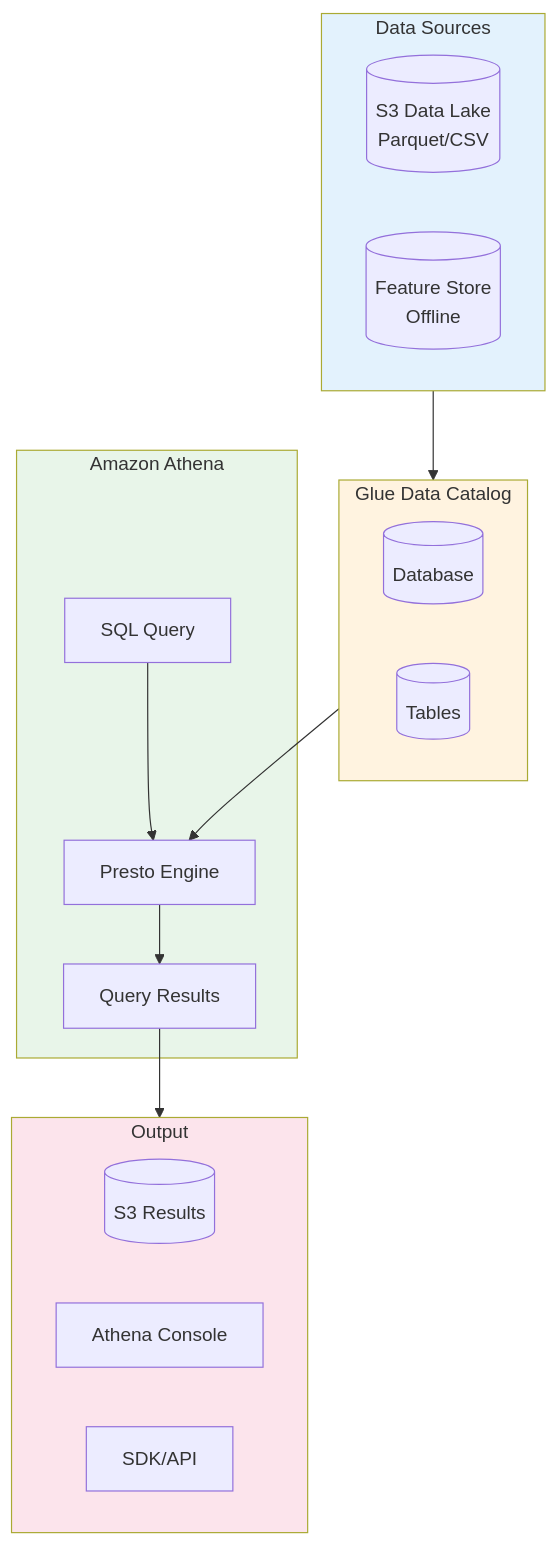
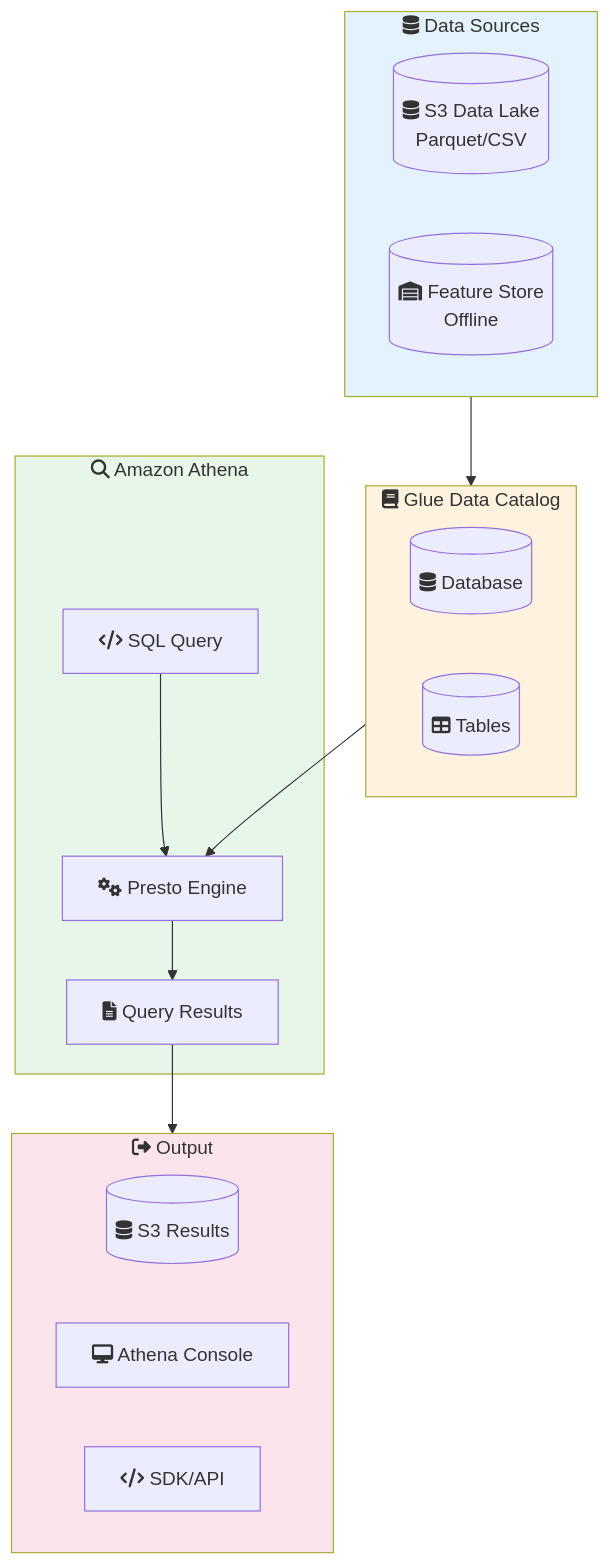
One commit to vinu76jsr/aws-sample-projects changed the first of 3 diagrams in aws-ml-associate-prep/15-athena-analysis/LAB.md. Above: the diagram before and after it, drawn with Mermaid. The commit also changed other lines of this file and 15 other files, not shown here.

First line of the commit message:
Add Font Awesome icons to all Mermaid diagrams

````diff
--- a/aws-ml-associate-prep/15-athena-analysis/LAB.md
+++ b/aws-ml-associate-prep/15-athena-analysis/LAB.md
@@ -14,35 +14,35 @@
 ```mermaid
 flowchart TB
-    subgraph DataSources["Data Sources"]
-        S3[(S3 Data Lake<br/>Parquet/CSV)]
-        FS[(Feature Store<br/>Offline)]
+    subgraph DataSources["fa:fa-database Data Sources"]
+        S3[(fa:fa-database S3 Data Lake<br/>Parquet/CSV)]
+        FS[(fa:fa-warehouse Feature Store<br/>Offline)]
     end
 
-    subgraph Catalog["Glue Data Catalog"]
-        DB[(Database)]
-        Tables[(Tables)]
+    subgraph Catalog["fa:fa-book Glue Data Catalog"]
+        DB[(fa:fa-database Database)]
+        Tables[(fa:fa-table Tables)]
     end
 
-    subgraph Athena["Amazon Athena"]
-        Query[SQL Query]
-        Engine[Presto Engine]
-        Results[Query Results]
+    subgraph Athena["fa:fa-search Amazon Athena"]
+        Query[fa:fa-code SQL Query]
+        Engine[fa:fa-cogs Presto Engine]
+        Results[fa:fa-file-alt Query Results]
     end
 
-    subgraph Output["Output"]
-        S3Out[(S3 Results)]
-        Console[Athena Console]
-        SDK[SDK/API]
+    subgraph Output["fa:fa-sign-out-alt Output"]
+        S3Out[(fa:fa-database S3 Results)]
+        Console[fa:fa-desktop Athena Console]
+        SDK[fa:fa-code SDK/API]
     end
 
     DataSources --> Catalog
     Catalog --> Engine
     Query --> Engine
     Engine --> Results
     Results --> Output
 
     style DataSources fill:#e3f2fd
     style Catalog fill:#fff3e0
     style Athena fill:#e8f5e9
     style Output fill:#fce4ec
 ```
````
